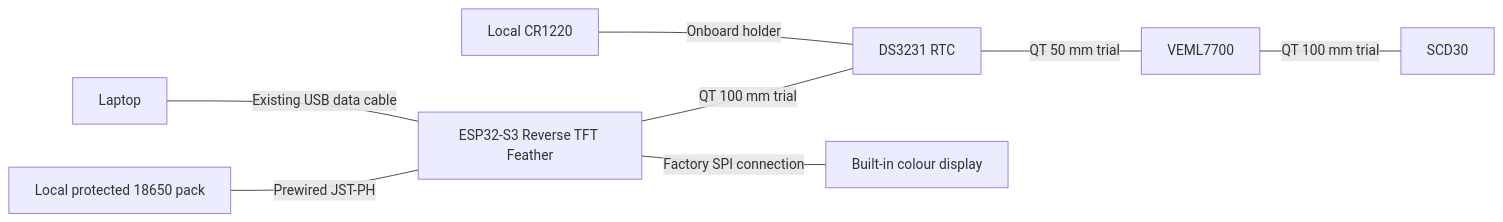
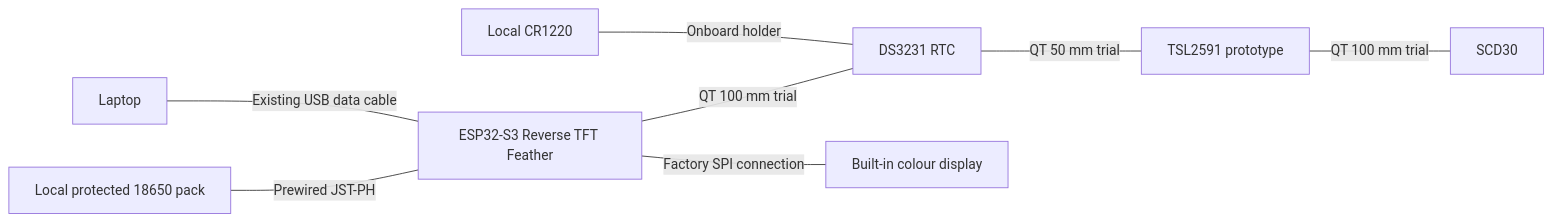
The diagram in hardware/BOM.md (erezfeuer/sensor-workshop), drawn with Mermaid before and after one commit. The commit also changed other lines of this file and 55 other files, not shown here.

Commit message:
Fit Adafruit TSL2591 QT prototype and document sensor trade-offs

````diff
--- a/hardware/BOM.md
+++ b/hardware/BOM.md
@@ -56,10 +66,10 @@
 ```mermaid
 flowchart LR
     F[ESP32-S3 Reverse TFT Feather] ---|QT 100 mm trial| R[DS3231 RTC]
-    R ---|QT 50 mm trial| L[VEML7700]
+    R ---|QT 50 mm trial| L[TSL2591 prototype]
     L ---|QT 100 mm trial| C[SCD30]
     F ---|Factory SPI connection| D[Built-in colour display]
     B[Local protected 18650 pack] ---|Prewired JST-PH| F
     U[Laptop] ---|Existing USB data cable| F
     K[Local CR1220] ---|Onboard holder| R
 ```
````
